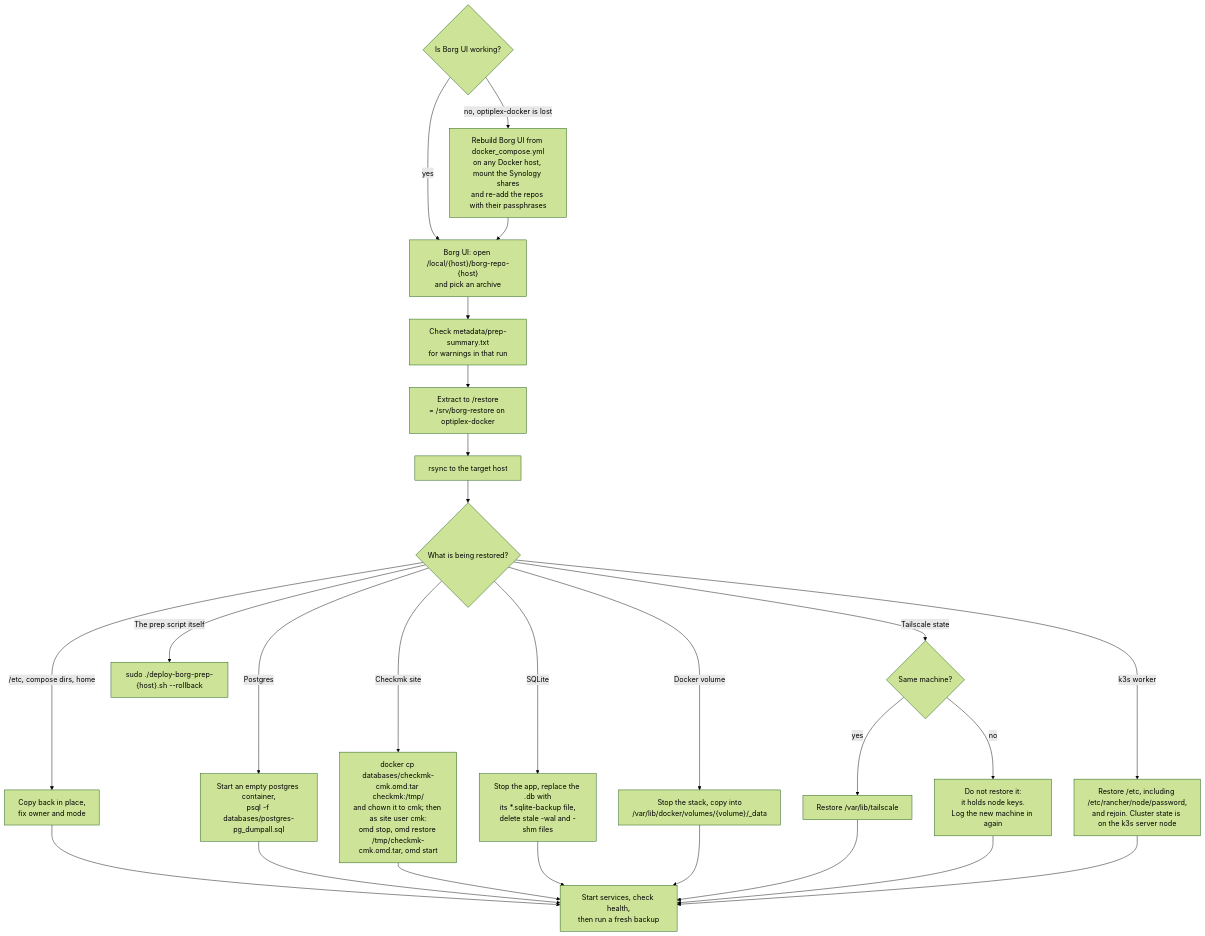
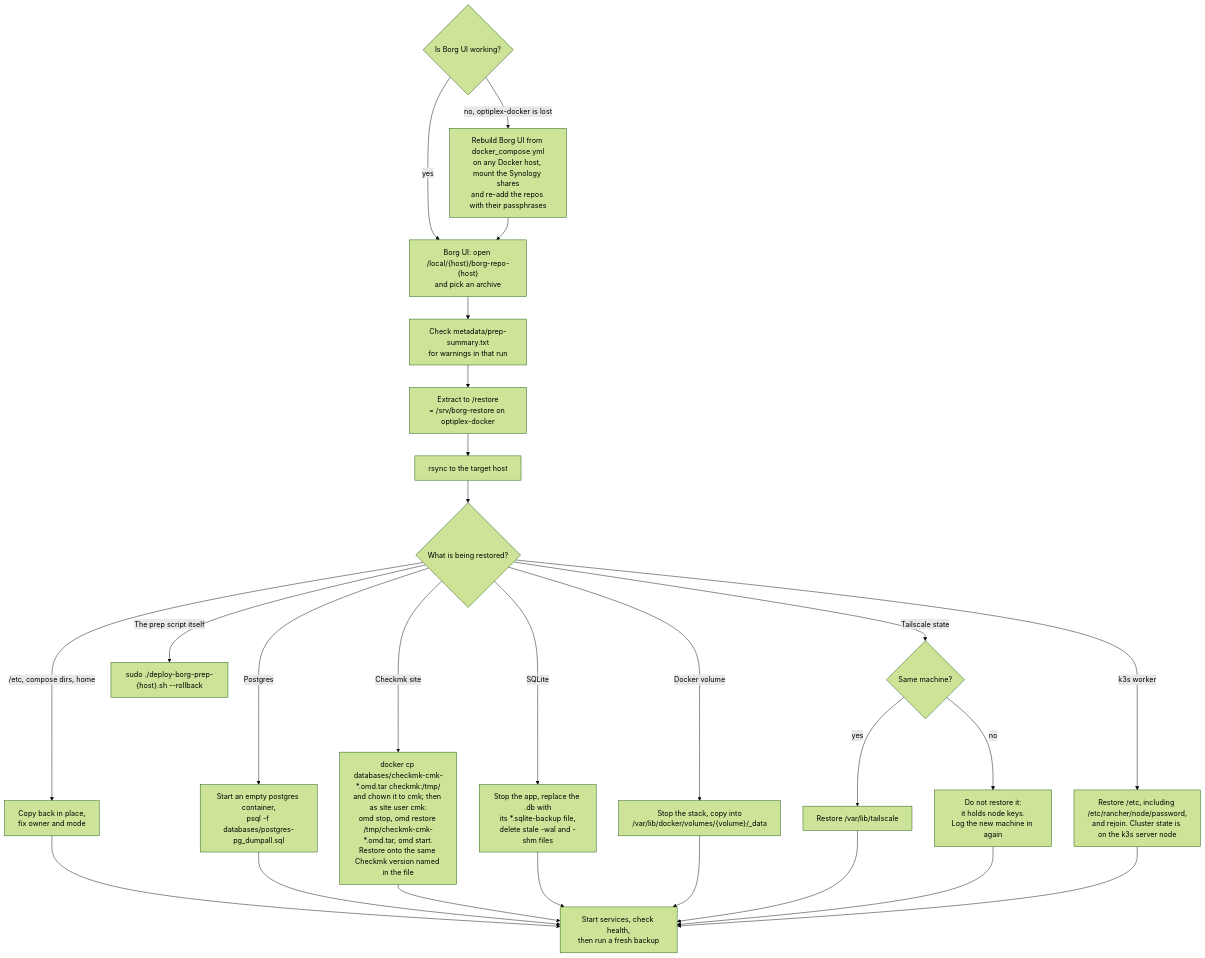
Before and after one commit to BladerunnerxRC/Docker: the fourth of 4 diagrams in borg-backup/README.md, drawn with Mermaid (forest theme). The commit also changed other lines of this file and 4 other files, not shown here.

First line of the commit message:
borg-backup: Checkmk archive name carries the Checkmk version and backup time

````diff
--- a/borg-backup/README.md
+++ b/borg-backup/README.md
@@ -120,24 +120,24 @@
 ```mermaid
 flowchart TD
     START{"Is Borg UI working?"}
     START -- yes --> PICK["Borg UI: open /local/{host}/borg-repo-{host}<br/>and pick an archive"]
     START -- "no, optiplex-docker is lost" --> DR["Rebuild Borg UI from docker_compose.yml<br/>on any Docker host, mount the Synology shares<br/>and re-add the repos with their passphrases"]
     DR --> PICK
     PICK --> SUM["Check metadata/prep-summary.txt<br/>for warnings in that run"]
     SUM --> EXT["Extract to /restore<br/>= /srv/borg-restore on optiplex-docker"]
     EXT --> COPY["rsync to the target host"]
     COPY --> WHAT{"What is being restored?"}
 
     WHAT -- "/etc, compose dirs, home" --> CFG["Copy back in place,<br/>fix owner and mode"]
     WHAT -- "Postgres" --> PG["Start an empty postgres container,<br/>psql -f databases/postgres-pg_dumpall.sql"]
-    WHAT -- "Checkmk site" --> CMK["docker cp databases/checkmk-cmk.omd.tar checkmk:/tmp/<br/>and chown it to cmk; then as site user cmk:<br/>omd stop, omd restore /tmp/checkmk-cmk.omd.tar, omd start"]
+    WHAT -- "Checkmk site" --> CMK["docker cp databases/checkmk-cmk-*.omd.tar checkmk:/tmp/<br/>and chown it to cmk; then as site user cmk:<br/>omd stop, omd restore /tmp/checkmk-cmk-*.omd.tar, omd start.<br/>Restore onto the same Checkmk version named in the file"]
     WHAT -- "SQLite" --> SQ["Stop the app, replace the .db with<br/>its *.sqlite-backup file,<br/>delete stale -wal and -shm files"]
     WHAT -- "Docker volume" --> VOL["Stop the stack, copy into<br/>/var/lib/docker/volumes/{volume}/_data"]
     WHAT -- "Tailscale state" --> TS{"Same machine?"}
     TS -- yes --> TSY["Restore /var/lib/tailscale"]
     TS -- no --> TSN["Do not restore it:<br/>it holds node keys.<br/>Log the new machine in again"]
     WHAT -- "k3s worker" --> K3["Restore /etc, including /etc/rancher/node/password,<br/>and rejoin. Cluster state is on the k3s server node"]
     WHAT -- "The prep script itself" --> PS["sudo ./deploy-borg-prep-{host}.sh --rollback"]
 
     CFG & PG & CMK & SQ & VOL & TSY & TSN & K3 --> CHECK["Start services, check health,<br/>then run a fresh backup"]
 ```
````
